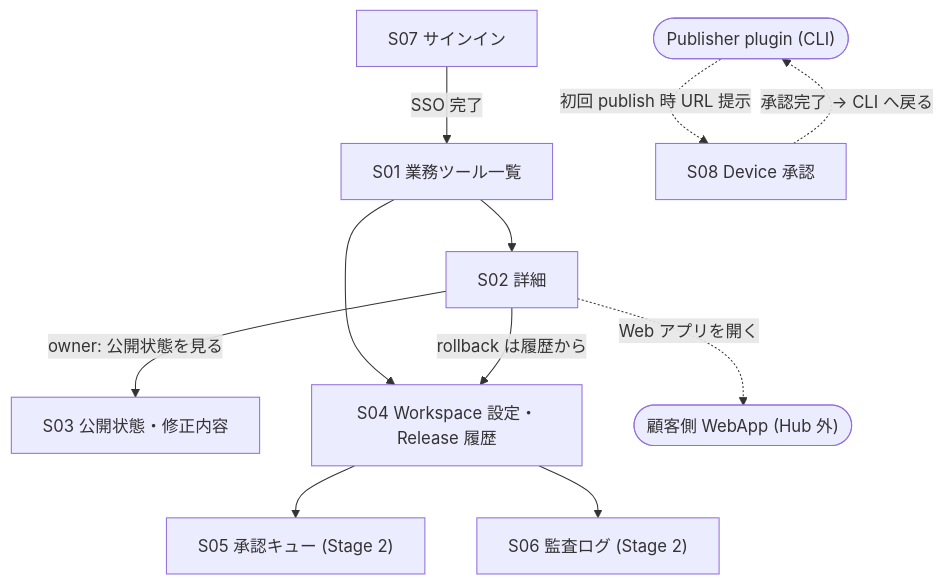
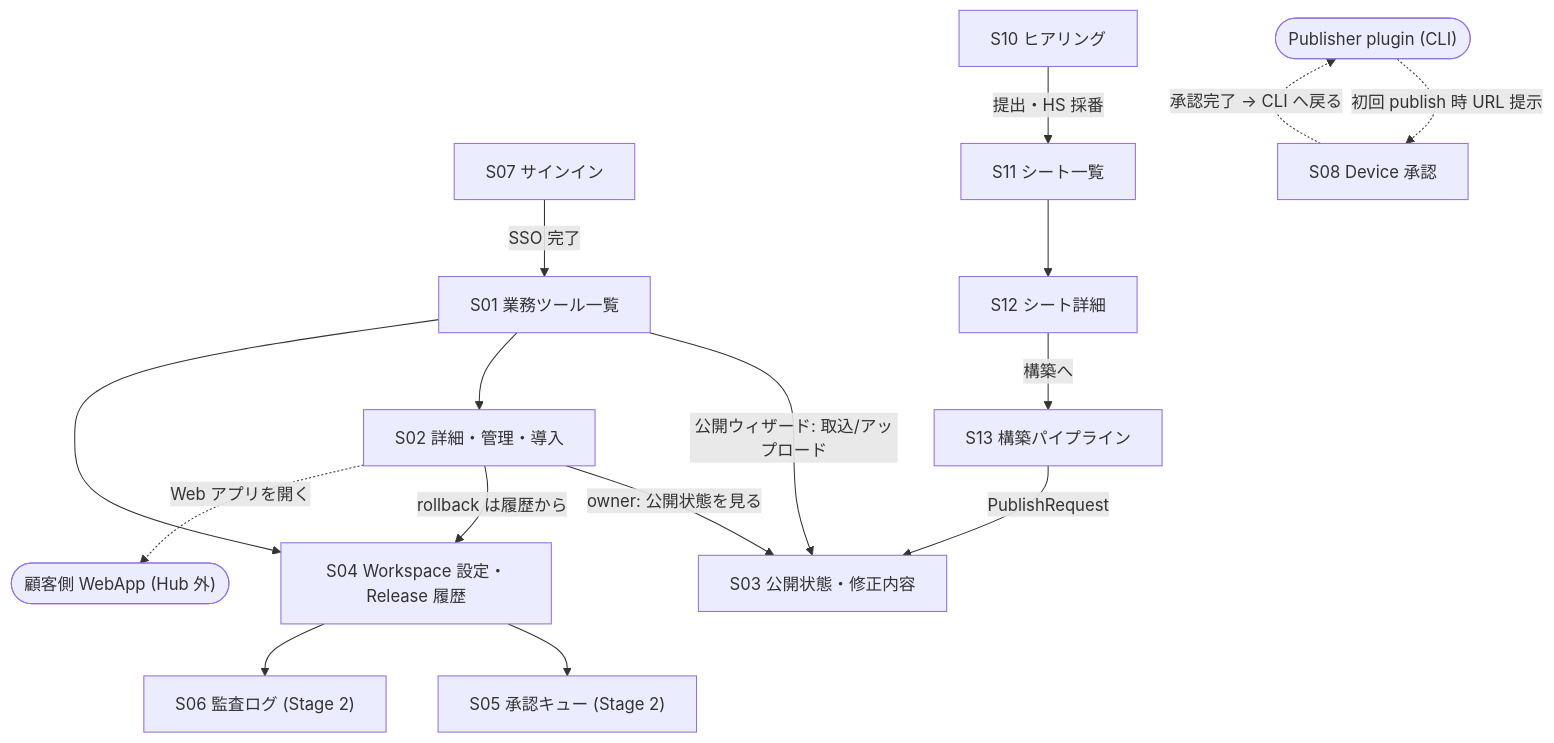
The diagram in docs/screen-inventory.md (daishiman/HarnessHub), drawn with Mermaid before and after one commit. The commit also changed other lines of this file and 1083 other files, not shown here.

First line of the commit message:
task(SYS-HUB-FOUNDATION-P01): dev-graph 計画・要件成果物・検証証跡の一括反映

````diff
--- a/docs/screen-inventory.md
+++ b/docs/screen-inventory.md
@@ -49,13 +65,18 @@
 ```mermaid
 graph TD
     S07["S07 サインイン"] -->|SSO 完了| S01["S01 業務ツール一覧"]
-    S01 --> S02["S02 詳細"]
+    S01 -->|"公開ウィザード: 取込/アップロード"| S03["S03 公開状態・修正内容"]
+    S01 --> S02["S02 詳細・管理・導入"]
     S02 -->|"owner: 公開状態を見る"| S03["S03 公開状態・修正内容"]
     S01 --> S04["S04 Workspace 設定・Release 履歴"]
     S02 -->|rollback は履歴から| S04
     S04 --> S05["S05 承認キュー (Stage 2)"]
     S04 --> S06["S06 監査ログ (Stage 2)"]
     EXT1(["Publisher plugin (CLI)"]) -.->|"初回 publish 時 URL 提示"| S08["S08 Device 承認"]
     S08 -.->|承認完了 → CLI へ戻る| EXT1
     S02 -.->|"Web アプリを開く"| EXT2(["顧客側 WebApp (Hub 外)"])
+    S10["S10 ヒアリング"] -->|"提出・HS 採番"| S11["S11 シート一覧"]
+    S11 --> S12["S12 シート詳細"]
+    S12 -->|"構築へ"| S13["S13 構築パイプライン"]
+    S13 -->|"PublishRequest"| S03
 ```
````
